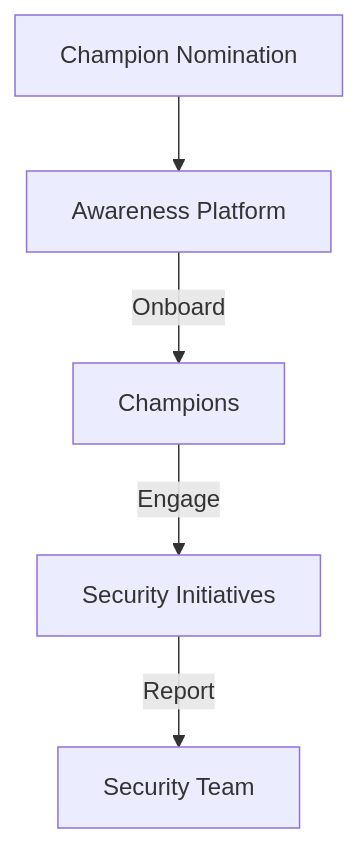
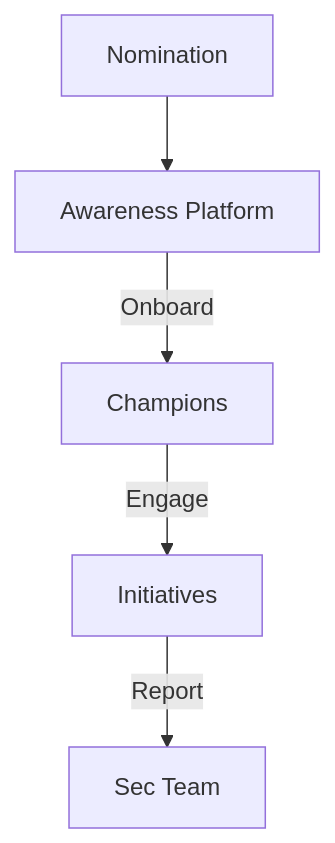
Before and after one commit to TheHaywire/special-waffle: the third of 3 diagrams in pro_workflows/security_awareness.md, drawn with Mermaid. The commit also changed other lines of this file and 6 other files, not shown here.

Commit message:
fix: update all Pro Workflow diagrams for domain files to use valid Mermaid node labels (no parens, slashes, or special chars) for GitHub compatibility

````diff
--- a/pro_workflows/security_awareness.md
+++ b/pro_workflows/security_awareness.md
@@ -204,7 +132,7 @@
 ```mermaid
 flowchart TD
-    A[Champion Nomination] --> B[Awareness Platform]
+    A[Nomination] --> B[Awareness Platform]
     B -->|Onboard| C[Champions]
-    C -->|Engage| D[Security Initiatives]
-    D -->|Report| E[Security Team]
+    C -->|Engage| D[Initiatives]
+    D -->|Report| E[Sec Team]
 ```
````
